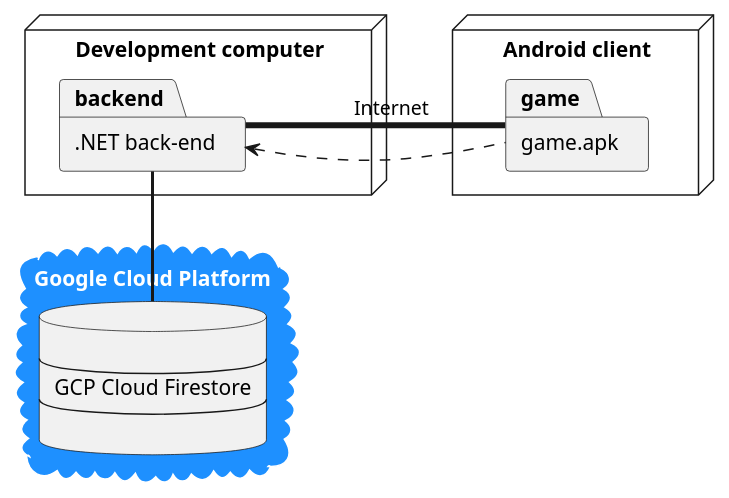
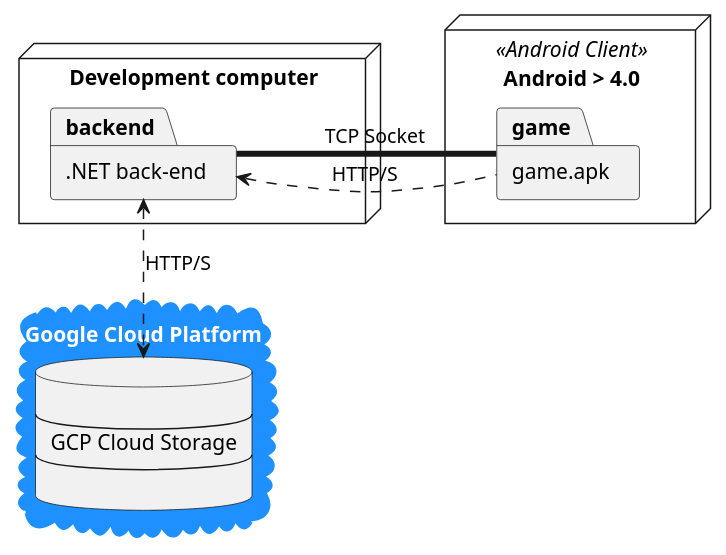
The diagram in Physical/Deployment/Development.puml (SWA-group-1/PlantUML), drawn with PlantUML before and after one commit. The commit also changed 3 other files, not shown here.

Commit message:
Update deployment diagrams

```diff
--- a/Physical/Deployment/Development.puml
+++ b/Physical/Deployment/Development.puml
@@ -1,29 +1,29 @@
 @startuml
 'https://plantuml.com/deployment-diagram
 
-node "Android client" {
+node "Android > 4.0" <<Android Client>> {
     package game as "game.apk"
 }
 node "Development computer" #White {
     package backend [
         .NET back-end
     ]
 }
 
 cloud "Google Cloud Platform" #DodgerBlue;line:White;text:White {
 
     database firestore [
 
 ----
-GCP Cloud Firestore
+GCP Cloud Storage
 ----
 
     ]
 
-    backend -[thickness=2]- firestore
+    backend <..> firestore : "HTTP/S"
 }
 
-backend -[thickness=4]right- game : "                Internet          "
-backend <.right. game : "             "
+backend -[thickness=4]right- game : "            TCP Socket         "
+backend <.right. game : "      HTTP/S       "
 
 @enduml
```
